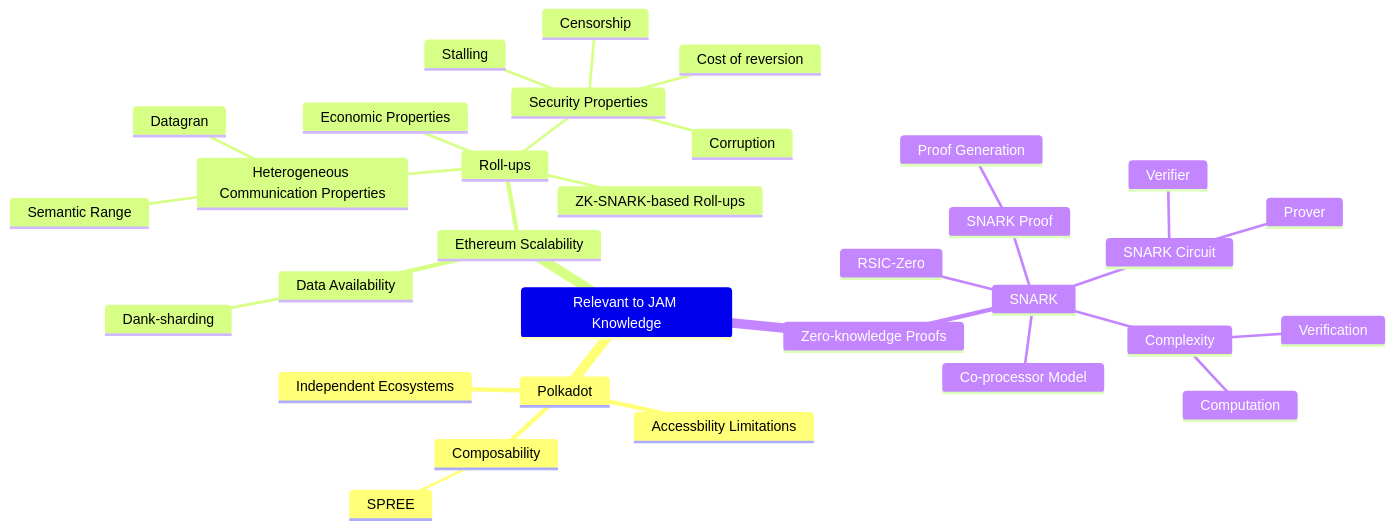
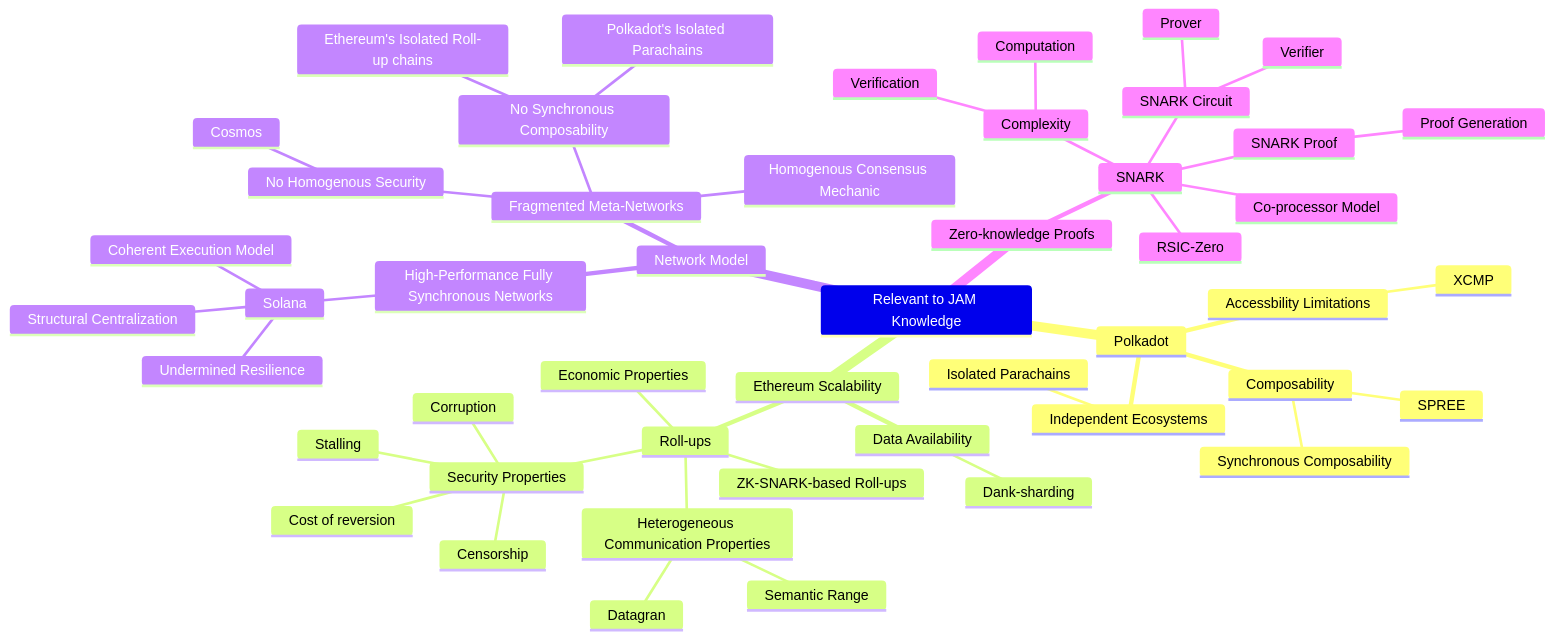
One commit to openguild-labs/learn-jam changed the second of 2 diagrams in README.md. Above: the diagram before and after it, drawn with Mermaid.

````diff
--- a/README.md
+++ b/README.md
@@ -66,35 +66,51 @@
 ```mermaid
 mindmap
   Relevant to JAM Knowledge
-    Polkadot
+    Polkadot 
       Independent Ecosystems
+        Isolated Parachains
       Accessbility Limitations
+        XCMP
       Composability
         SPREE
+        Synchronous Composability
     Ethereum Scalability
       Data Availability
         Dank-sharding
       Roll-ups
         ZK-SNARK-based Roll-ups
         Heterogeneous Communication Properties
           Datagran
           Semantic Range
         Security Properties
           Cost of reversion
           Corruption
           Stalling
           Censorship
         Economic Properties
+    Network Model
+      High-Performance Fully Synchronous Networks
+        Solana
+          Structural Centralization
+          Undermined Resilience
+          Coherent Execution Model
+      Fragmented Meta-Networks
+        No Synchronous Composability
+          Ethereum's Isolated Roll-up chains
+          Polkadot's Isolated Parachains
+        No Homogenous Security
+          Cosmos
+        Homogenous Consensus Mechanic
     Zero-knowledge Proofs
       SNARK
         Complexity
           Verification
           Computation
         RSIC-Zero
         SNARK Circuit
           Prover
           Verifier
         SNARK Proof
           Proof Generation
         Co-processor Model
 ```
````
